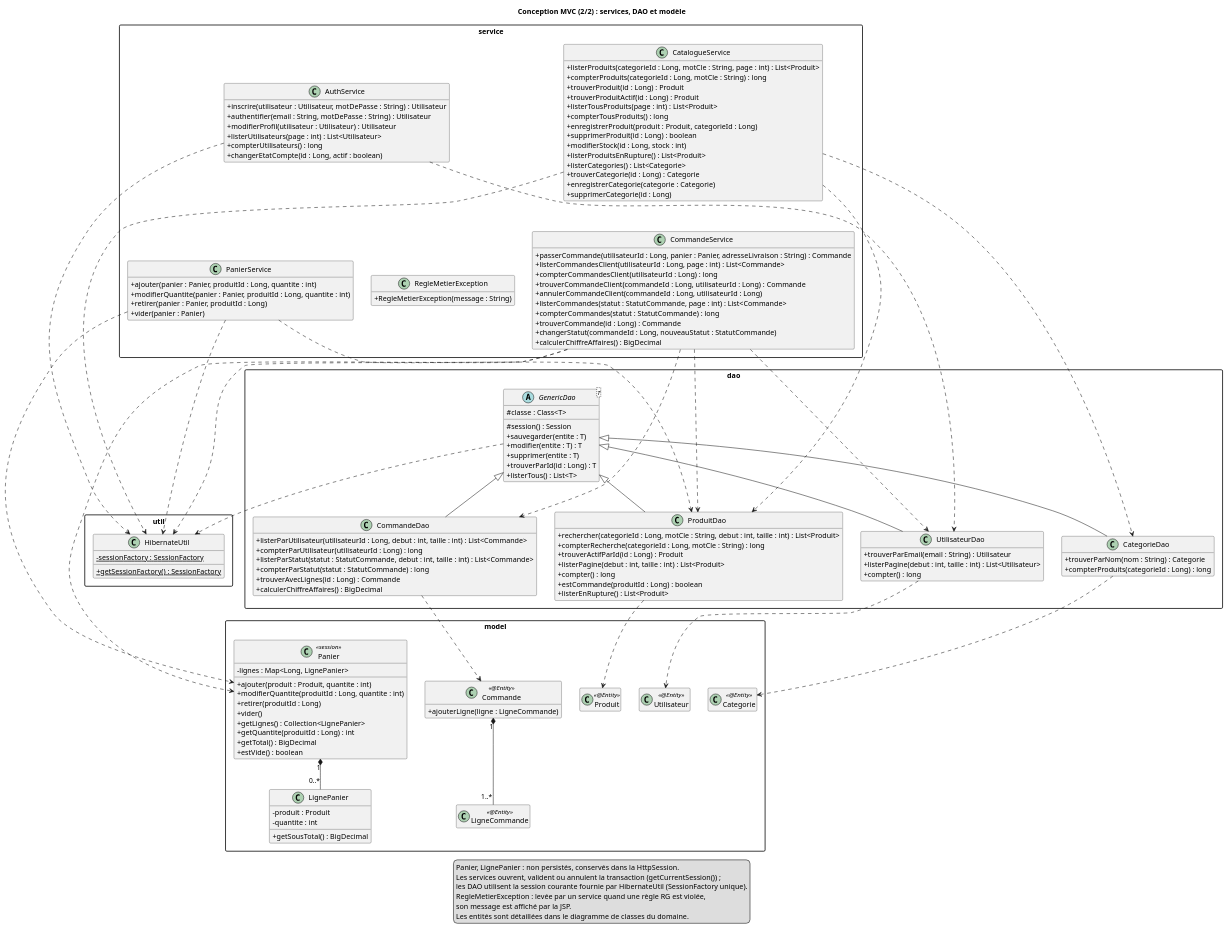
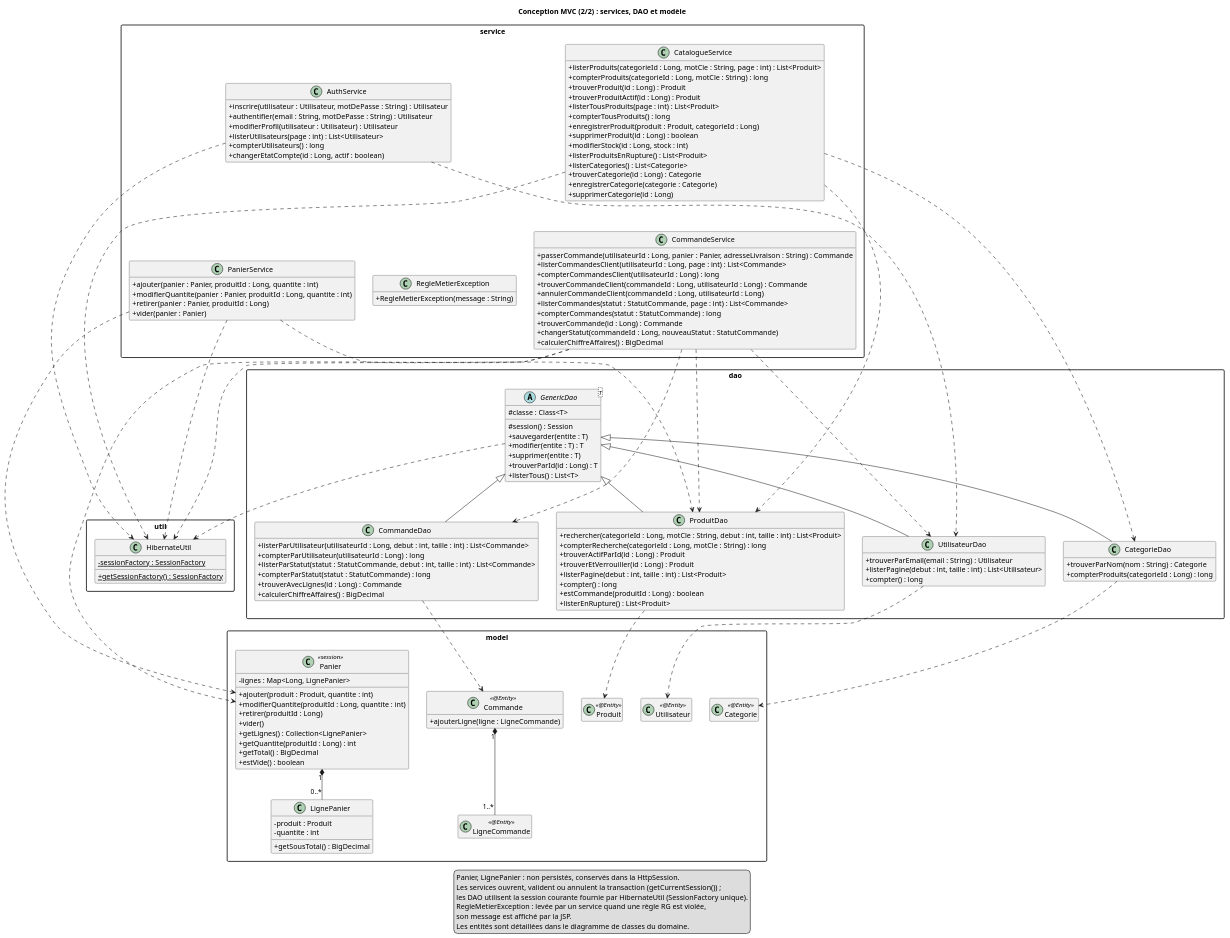
One commit to unk-user/Boutique-JEE changed the diagram in docs/uml/classes-conception-metier.puml. Above: the diagram before and after it, drawn with PlantUML. The commit also changed 3 other files, not shown here.

```diff
--- a/docs/uml/classes-conception-metier.puml
+++ b/docs/uml/classes-conception-metier.puml
@@ -1,174 +1,175 @@
 @startuml classes-conception-metier
 title Conception MVC (2/2) : services, DAO et modèle
 skinparam classAttributeIconSize 0
 skinparam packageStyle rectangle
 hide empty members
 
 package "service" {
   class AuthService {
     + inscrire(utilisateur : Utilisateur, motDePasse : String) : Utilisateur
     + authentifier(email : String, motDePasse : String) : Utilisateur
     + modifierProfil(utilisateur : Utilisateur) : Utilisateur
     + listerUtilisateurs(page : int) : List<Utilisateur>
     + compterUtilisateurs() : long
     + changerEtatCompte(id : Long, actif : boolean)
   }
   class CatalogueService {
     + listerProduits(categorieId : Long, motCle : String, page : int) : List<Produit>
     + compterProduits(categorieId : Long, motCle : String) : long
     + trouverProduit(id : Long) : Produit
     + trouverProduitActif(id : Long) : Produit
     + listerTousProduits(page : int) : List<Produit>
     + compterTousProduits() : long
     + enregistrerProduit(produit : Produit, categorieId : Long)
     + supprimerProduit(id : Long) : boolean
     + modifierStock(id : Long, stock : int)
     + listerProduitsEnRupture() : List<Produit>
     + listerCategories() : List<Categorie>
     + trouverCategorie(id : Long) : Categorie
     + enregistrerCategorie(categorie : Categorie)
     + supprimerCategorie(id : Long)
   }
   class PanierService {
     + ajouter(panier : Panier, produitId : Long, quantite : int)
     + modifierQuantite(panier : Panier, produitId : Long, quantite : int)
     + retirer(panier : Panier, produitId : Long)
     + vider(panier : Panier)
   }
   class CommandeService {
     + passerCommande(utilisateurId : Long, panier : Panier, adresseLivraison : String) : Commande
     + listerCommandesClient(utilisateurId : Long, page : int) : List<Commande>
     + compterCommandesClient(utilisateurId : Long) : long
     + trouverCommandeClient(commandeId : Long, utilisateurId : Long) : Commande
     + annulerCommandeClient(commandeId : Long, utilisateurId : Long)
     + listerCommandes(statut : StatutCommande, page : int) : List<Commande>
     + compterCommandes(statut : StatutCommande) : long
     + trouverCommande(id : Long) : Commande
     + changerStatut(commandeId : Long, nouveauStatut : StatutCommande)
     + calculerChiffreAffaires() : BigDecimal
   }
   class RegleMetierException {
     + RegleMetierException(message : String)
   }
 }
 
 package "dao" {
   abstract class "GenericDao<T>" as GenericDao {
     # classe : Class<T>
     # session() : Session
     + sauvegarder(entite : T)
     + modifier(entite : T) : T
     + supprimer(entite : T)
     + trouverParId(id : Long) : T
     + listerTous() : List<T>
   }
   class UtilisateurDao {
     + trouverParEmail(email : String) : Utilisateur
     + listerPagine(debut : int, taille : int) : List<Utilisateur>
     + compter() : long
   }
   class CategorieDao {
     + trouverParNom(nom : String) : Categorie
     + compterProduits(categorieId : Long) : long
   }
   class ProduitDao {
     + rechercher(categorieId : Long, motCle : String, debut : int, taille : int) : List<Produit>
     + compterRecherche(categorieId : Long, motCle : String) : long
     + trouverActifParId(id : Long) : Produit
+    + trouverEtVerrouiller(id : Long) : Produit
     + listerPagine(debut : int, taille : int) : List<Produit>
     + compter() : long
     + estCommande(produitId : Long) : boolean
     + listerEnRupture() : List<Produit>
   }
   class CommandeDao {
     + listerParUtilisateur(utilisateurId : Long, debut : int, taille : int) : List<Commande>
     + compterParUtilisateur(utilisateurId : Long) : long
     + listerParStatut(statut : StatutCommande, debut : int, taille : int) : List<Commande>
     + compterParStatut(statut : StatutCommande) : long
     + trouverAvecLignes(id : Long) : Commande
     + calculerChiffreAffaires() : BigDecimal
   }
 }
 
 package "model" {
   class Utilisateur <<@Entity>>
   class Categorie <<@Entity>>
   class Produit <<@Entity>>
   class Commande <<@Entity>> {
     + ajouterLigne(ligne : LigneCommande)
   }
   class LigneCommande <<@Entity>>
   class Panier <<session>> {
     - lignes : Map<Long, LignePanier>
     + ajouter(produit : Produit, quantite : int)
     + modifierQuantite(produitId : Long, quantite : int)
     + retirer(produitId : Long)
     + vider()
     + getLignes() : Collection<LignePanier>
     + getQuantite(produitId : Long) : int
     + getTotal() : BigDecimal
     + estVide() : boolean
   }
   class LignePanier {
     - produit : Produit
     - quantite : int
     + getSousTotal() : BigDecimal
   }
 }
 
 package "util" {
   class HibernateUtil {
     - {static} sessionFactory : SessionFactory
     + {static} getSessionFactory() : SessionFactory
   }
 }
 
 ' Services -> DAO
 AuthService ..> UtilisateurDao
 CatalogueService ..> ProduitDao
 CatalogueService ..> CategorieDao
 PanierService ..> ProduitDao
 CommandeService ..> CommandeDao
 CommandeService ..> ProduitDao
 CommandeService ..> UtilisateurDao
 
 PanierService ..> Panier
 CommandeService ..> Panier
 UtilisateurDao ..> Utilisateur
 CategorieDao ..> Categorie
 ProduitDao ..> Produit
 CommandeDao ..> Commande
 Commande "1" *-- "1..*" LigneCommande
 
 ' Mise en page : services et DAO sur deux rangées
 AuthService -[hidden]right- CatalogueService
 AuthService -[hidden]down- PanierService
 CatalogueService -[hidden]down- CommandeService
 PanierService -[hidden]right- RegleMetierException
 PanierService -[hidden]down- GenericDao
 CommandeService -[hidden]down- GenericDao
 
 ' Héritage DAO
 GenericDao <|-- UtilisateurDao
 GenericDao <|-- CategorieDao
 GenericDao <|-- ProduitDao
 GenericDao <|-- CommandeDao
 
 GenericDao ..> HibernateUtil
 AuthService ..> HibernateUtil
 CatalogueService ..> HibernateUtil
 PanierService ..> HibernateUtil
 CommandeService ..> HibernateUtil
 Panier "1" *-- "0..*" LignePanier
 
 
 
 legend bottom
   Panier, LignePanier : non persistés, conservés dans la HttpSession.
   Les services ouvrent, valident ou annulent la transaction (getCurrentSession()) ;
   les DAO utilisent la session courante fournie par HibernateUtil (SessionFactory unique).
   RegleMetierException : levée par un service quand une règle RG est violée,
   son message est affiché par la JSP.
   Les entités sont détaillées dans le diagramme de classes du domaine.
 endlegend
 @enduml
```
